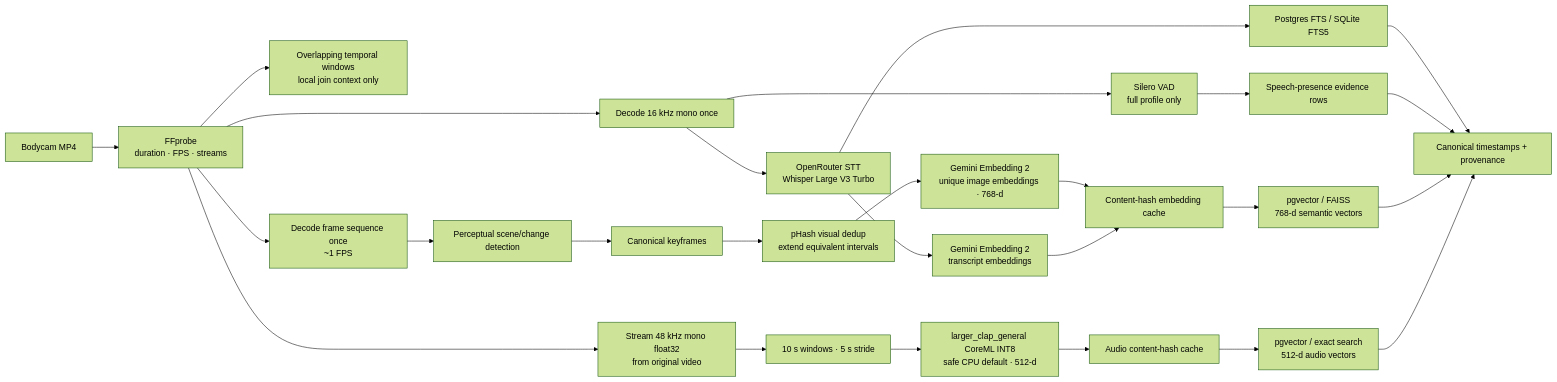
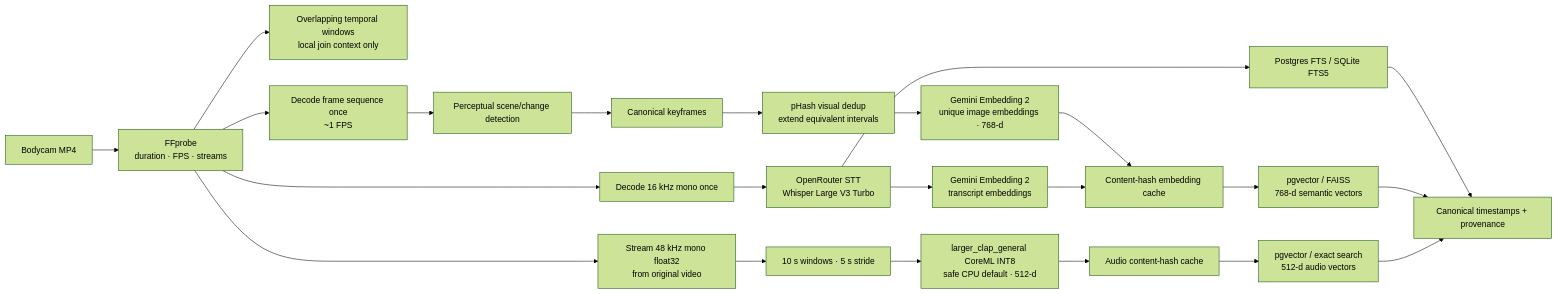
The third of 9 diagrams in SYSTEM_DESIGN.md (giaphoang/PatrolLens), drawn with Mermaid (forest theme) before and after one commit. The commit also changed other lines of this file and 9 other files, not shown here.

````diff
--- a/SYSTEM_DESIGN.md
+++ b/SYSTEM_DESIGN.md
@@ -97,30 +97,27 @@
 ```mermaid
 flowchart LR
     V["Bodycam MP4"] --> PROBE["FFprobe<br/>duration · FPS · streams"]
     PROBE --> SEG["Overlapping temporal windows<br/>local join context only"]
     PROBE --> AUDIO["Decode 16 kHz mono once"]
     PROBE --> CLAP_PCM["Stream 48 kHz mono float32\nfrom original video"]
     PROBE --> FRAMES["Decode frame sequence once<br/>~1 FPS"]
 
     FRAMES --> CHANGE["Perceptual scene/change detection"]
     CHANGE --> KEYFRAMES["Canonical keyframes"]
     KEYFRAMES --> DEDUP["pHash visual dedup<br/>extend equivalent intervals"]
     AUDIO --> ASR["OpenRouter STT<br/>Whisper Large V3 Turbo"]
-    AUDIO --> VAD["Silero VAD<br/>full profile only"]
     CLAP_PCM --> CLAP_WIN["10 s windows · 5 s stride"]
     CLAP_WIN --> CLAP_EMB["larger_clap_general CoreML INT8<br/>safe CPU default · 512-d"]
     DEDUP --> IMAGE_EMB["Gemini Embedding 2<br/>unique image embeddings · 768-d"]
 
     ASR --> FTS["Postgres FTS / SQLite FTS5"]
     ASR --> TEXT_EMB["Gemini Embedding 2<br/>transcript embeddings"]
-    VAD --> SQL["Speech-presence evidence rows"]
     IMAGE_EMB --> CACHE["Content-hash embedding cache"]
     TEXT_EMB --> CACHE
     CACHE --> VEC["pgvector / FAISS<br/>768-d semantic vectors"]
     CLAP_EMB --> ACACHE["Audio content-hash cache"]
     ACACHE --> AVEC["pgvector / exact search<br/>512-d audio vectors"]
     FTS --> META["Canonical timestamps + provenance"]
-    SQL --> META
     VEC --> META
     AVEC --> META
 ```
````
